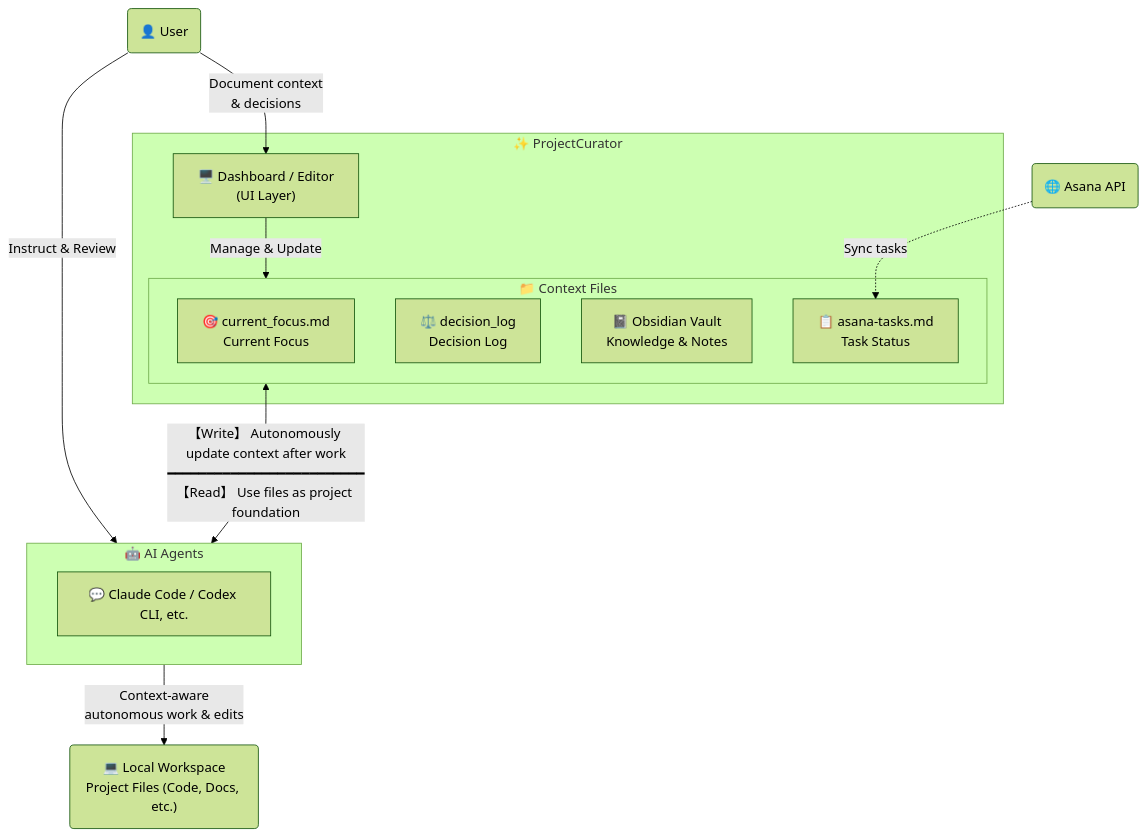
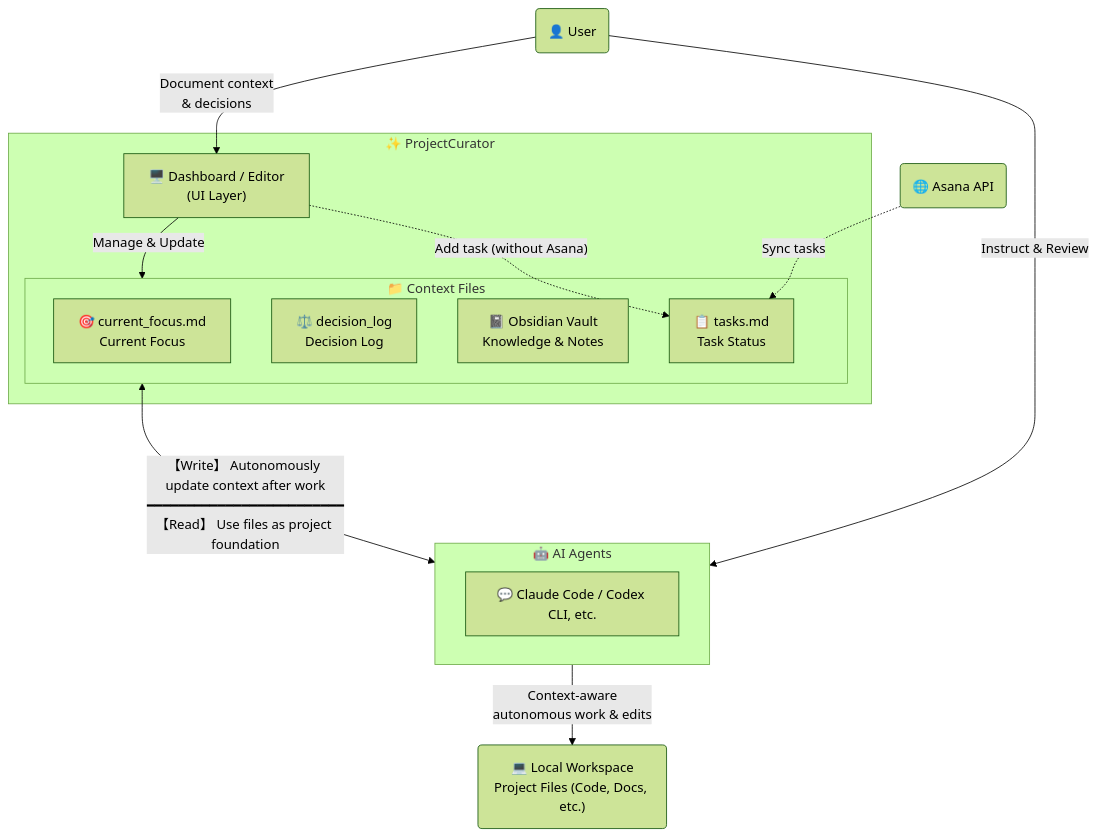
Before and after one commit to yt3trees/ProjectCurator: the diagram in README.md, drawn with Mermaid (forest theme). The commit also changed 34 other files, not shown here.

Commit message:
feat: add local task mode and migrate tasks.md paths

````diff
--- a/README.md
+++ b/README.md
@@ -12,36 +12,37 @@
 ```mermaid
 flowchart TD
     User("👤 User")
 
     %% Core Application
     subgraph PC ["✨ ProjectCurator"]
         UI["🖥️ Dashboard / Editor<br>(UI Layer)"]
         
         subgraph MD ["📁 Context Files"]
             F1["🎯 current_focus.md<br>Current Focus"]
             F2["⚖️ decision_log<br>Decision Log"]
             F4["📓 Obsidian Vault<br>Knowledge & Notes"]
-            F3["📋 asana-tasks.md<br>Task Status"]
+            F3["📋 tasks.md<br>Task Status"]
         end
         
         UI -->|Manage & Update| MD
     end
 
     %% AI Agents & Target
     subgraph AI ["🤖 AI Agents"]
         AgentList["💬 Claude Code / Codex CLI, etc."]
     end
 
     Asana("🌐 Asana API")
     Workspace("💻 Local Workspace<br>Project Files (Code, Docs, etc.)")
 
     %% Relations
     User -->|Instruct & Review| AI
     User -->|Document context<br>& decisions| UI
     
     Asana -.->|Sync tasks| F3
+    UI -.->|"Add task (without Asana)"| F3
     
     MD <-->|【Write】 Autonomously update context after work<br>━━━━━━━━━━━━━━━━━━━━━━━━━<br>【Read】 Use files as project foundation| AI
     
     AI -->|Context-aware<br>autonomous work & edits| Workspace
 ```
````
